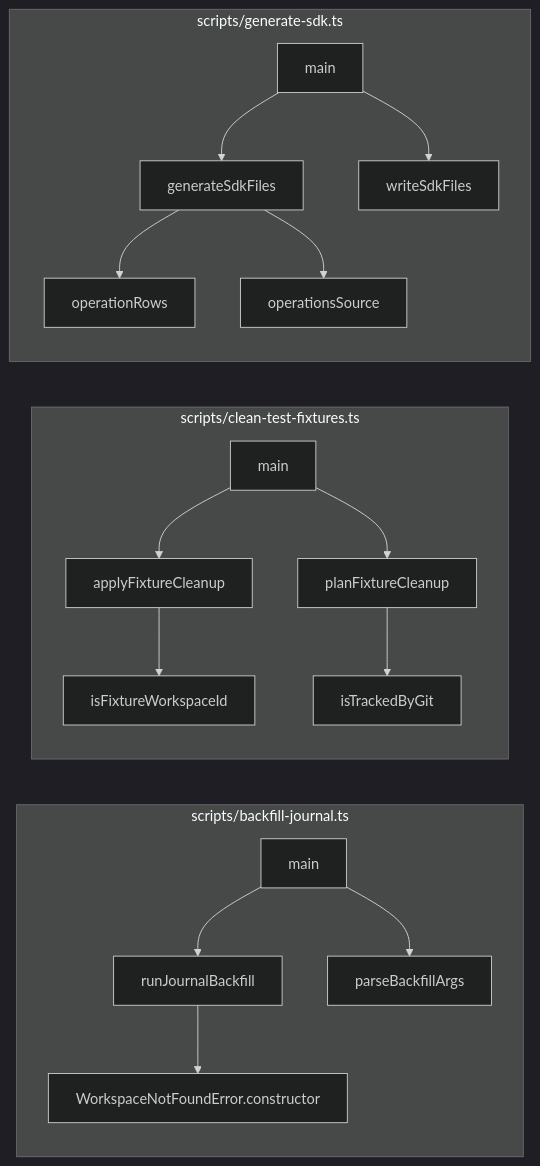
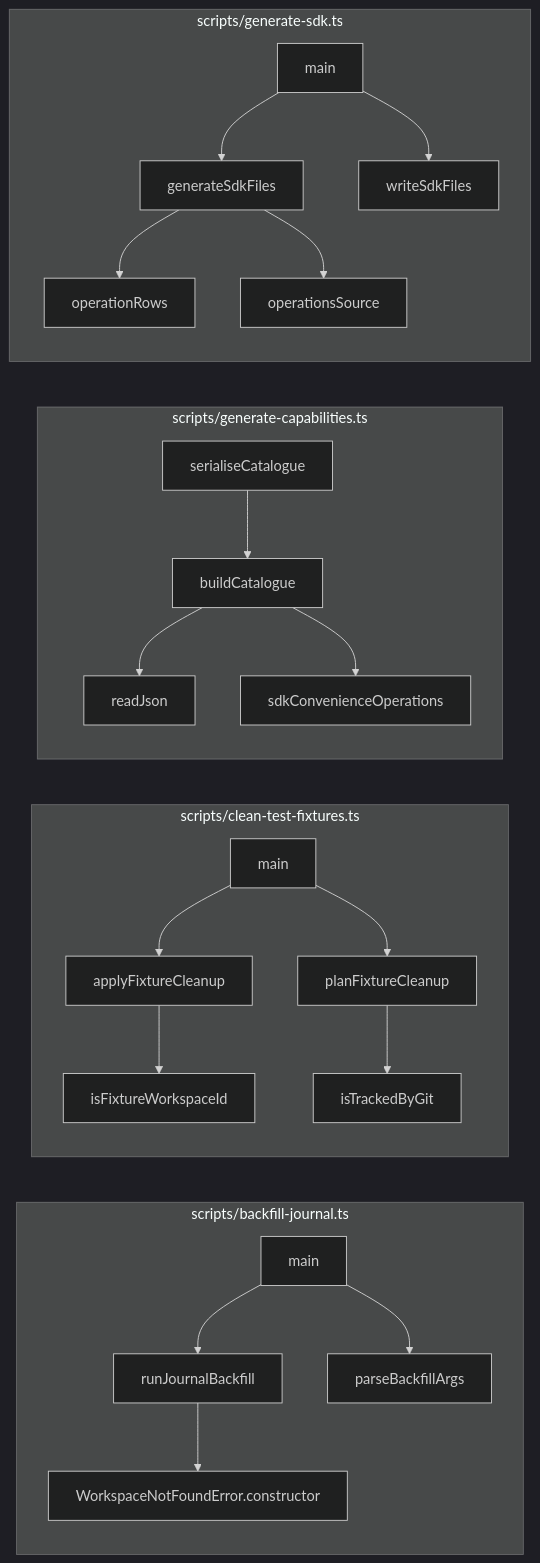
Before and after one commit to Jaydearcadian/bind: the ninth of 11 diagrams in docs/CODEBASE_MAP.md, drawn with Mermaid (dark theme). The commit also changed other lines of this file and 10 other files, not shown here.

````diff
--- a/docs/CODEBASE_MAP.md
+++ b/docs/CODEBASE_MAP.md
@@ -918,34 +922,43 @@
 ```mermaid
 flowchart LR
   subgraph F0["scripts/backfill-journal.ts"]
     n32["WorkspaceNotFoundError.constructor"]
     n33["parseBackfillArgs"]
     n34["runJournalBackfill"]
     n35["main"]
   end
   subgraph F1["scripts/clean-test-fixtures.ts"]
     n36["isFixtureWorkspaceId"]
     n37["isTrackedByGit"]
     n38["planFixtureCleanup"]
     n39["applyFixtureCleanup"]
     n40["main"]
   end
-  subgraph F2["scripts/generate-sdk.ts"]
-    n41["operationRows"]
-    n42["operationsSource"]
-    n43["generateSdkFiles"]
-    n44["writeSdkFiles"]
-    n45["main"]
+  subgraph F2["scripts/generate-capabilities.ts"]
+    n41["readJson"]
+    n42["sdkConvenienceOperations"]
+    n43["buildCatalogue"]
+    n44["serialiseCatalogue"]
+  end
+  subgraph F3["scripts/generate-sdk.ts"]
+    n45["operationRows"]
+    n46["operationsSource"]
+    n47["generateSdkFiles"]
+    n48["writeSdkFiles"]
+    n49["main"]
   end
   n34 --> n32
   n35 --> n33
   n35 --> n34
   n38 --> n37
   n39 --> n36
   n40 --> n38
   n40 --> n39
   n43 --> n41
   n43 --> n42
-  n45 --> n44
-  n45 --> n43
+  n44 --> n43
+  n47 --> n45
+  n47 --> n46
+  n49 --> n48
+  n49 --> n47
 ```
````
